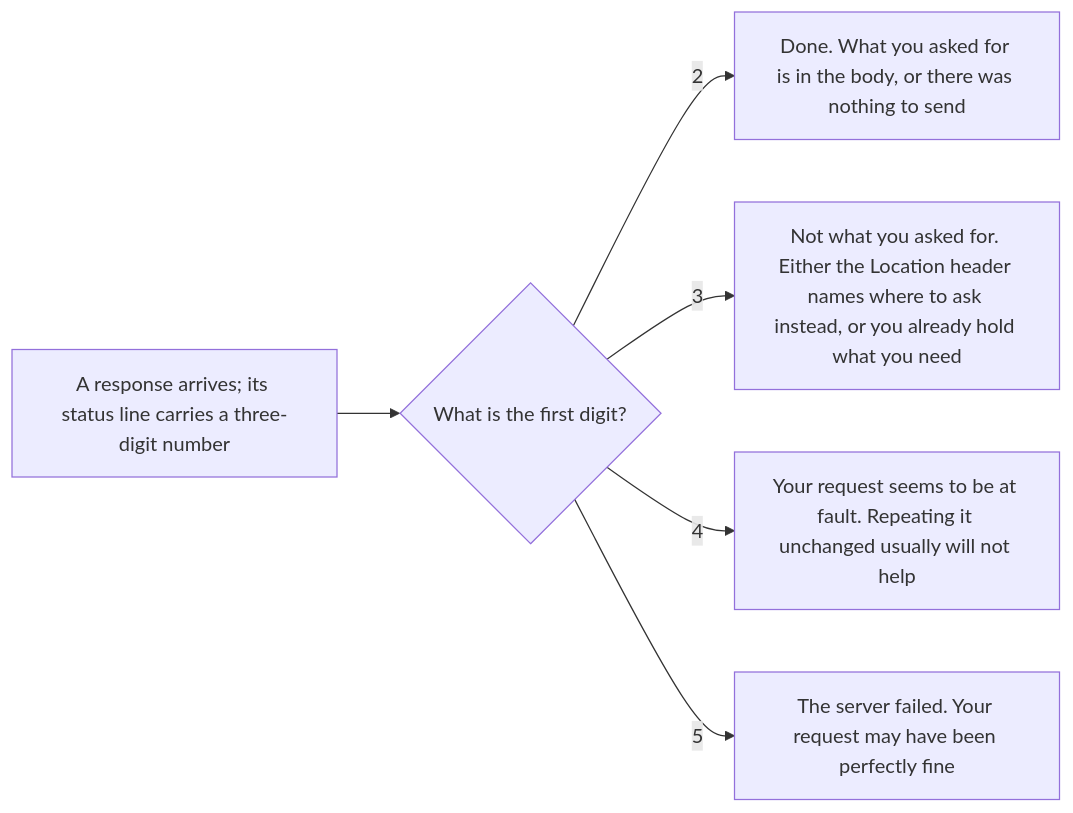
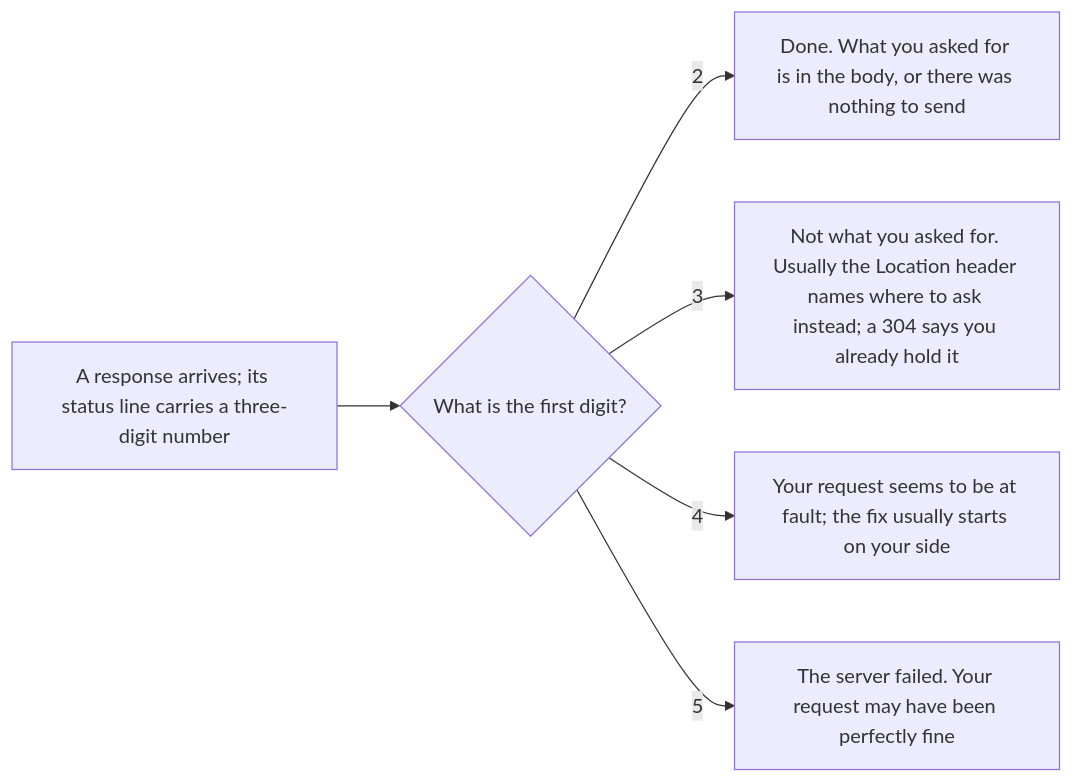
One commit to duyan11110/lo-trinh-architect changed the diagram in content/tracks/foundation/http/foundation.l1.http-status-codes.en.md. Above: the diagram before and after it, drawn with Mermaid. The commit also changed other lines of this file and 314 other files, not shown here.

````diff
--- a/content/tracks/foundation/http/foundation.l1.http-status-codes.en.md
+++ b/content/tracks/foundation/http/foundation.l1.http-status-codes.en.md
@@ -40,8 +40,8 @@
 ```mermaid
 flowchart LR
   R["A response arrives; its status line carries a three-digit number"] --> D{"What is the first digit?"}
   D -->|2| A["Done. What you asked for is in the body, or there was nothing to send"]
-  D -->|3| B["Not what you asked for. Either the Location header names where to ask instead, or you already hold what you need"]
-  D -->|4| C["Your request seems to be at fault. Repeating it unchanged usually will not help"]
+  D -->|3| B["Not what you asked for. Usually the Location header names where to ask instead; a 304 says you already hold it"]
+  D -->|4| C["Your request seems to be at fault; the fix usually starts on your side"]
   D -->|5| E["The server failed. Your request may have been perfectly fine"]
 ```
````
